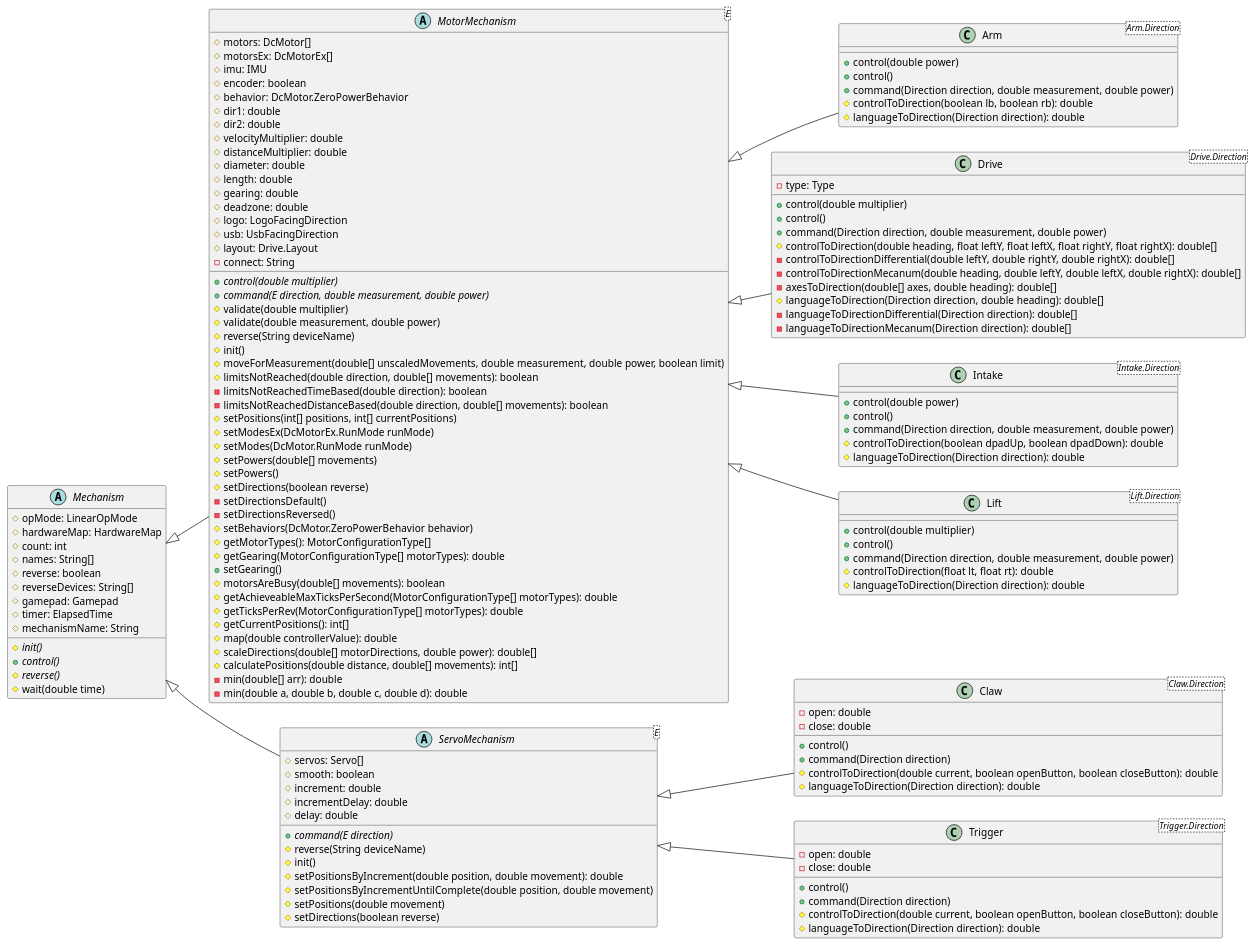
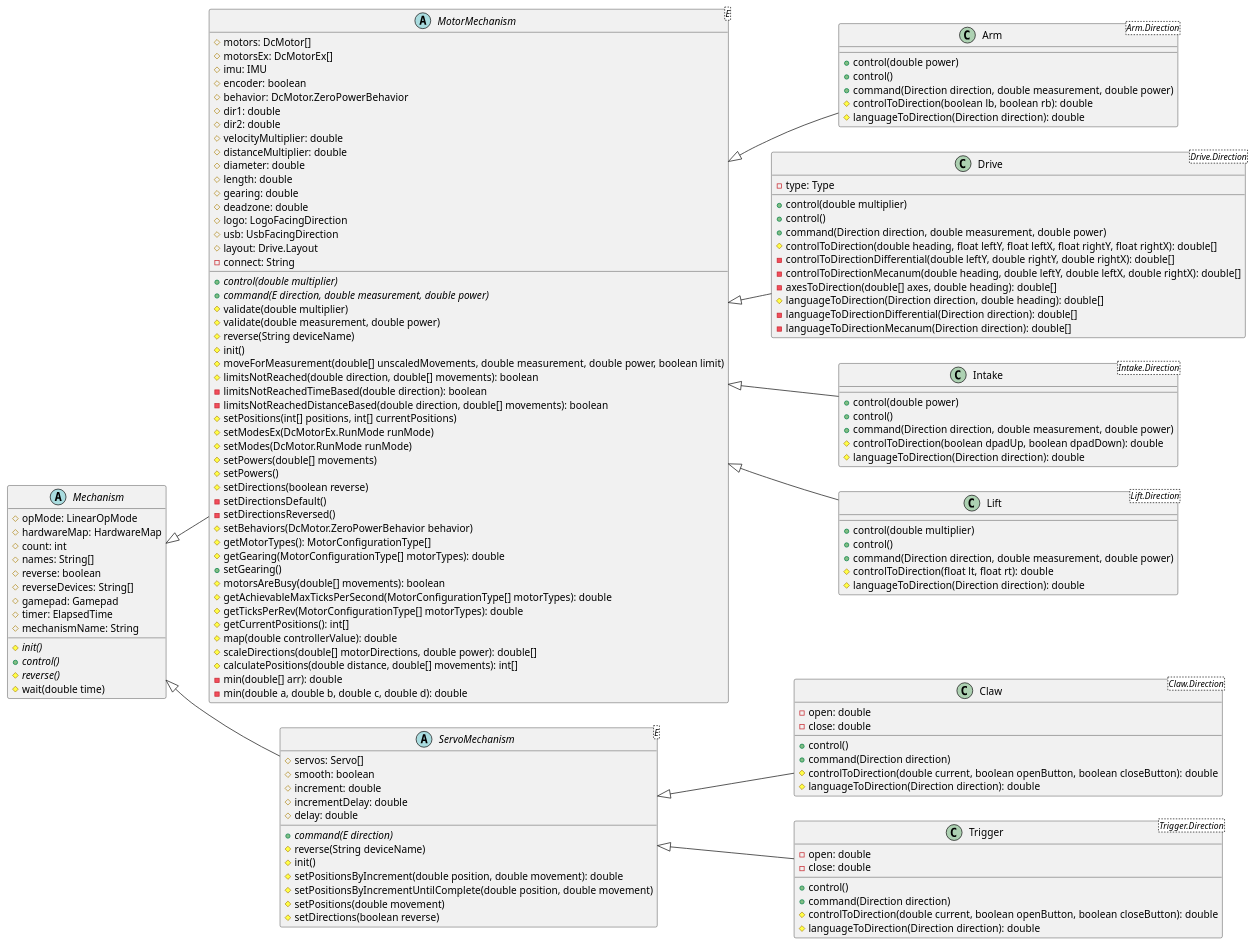
The diagram in docs/uml/src/mechanism.puml (Collegiate-Edu-Nation/easy-ftc), drawn with PlantUML before and after one commit. The commit also changed 22 other files, not shown here.

```diff
--- a/docs/uml/src/mechanism.puml
+++ b/docs/uml/src/mechanism.puml
@@ -1,153 +1,153 @@
 @startuml
 
 left to right direction
 
 abstract class Mechanism {
     # opMode: LinearOpMode
     # hardwareMap: HardwareMap
     # count: int
     # names: String[]
     # reverse: boolean
     # reverseDevices: String[]
     # gamepad: Gamepad
     # timer: ElapsedTime
     # mechanismName: String
     {abstract}# init()
     {abstract}+ control()
     {abstract}# reverse()
     # wait(double time)
 }
 
 abstract class MotorMechanism<E> {
     # motors: DcMotor[] 
     # motorsEx: DcMotorEx[] 
     # imu: IMU
     # encoder: boolean
     # behavior: DcMotor.ZeroPowerBehavior
     # dir1: double
     # dir2: double
     # velocityMultiplier: double
     # distanceMultiplier: double
     # diameter: double
     # length: double
     # gearing: double
     # deadzone: double
     # logo: LogoFacingDirection
     # usb: UsbFacingDirection
     # layout: Drive.Layout
     - connect: String
     {abstract}+ control(double multiplier)
     {abstract}+ command(E direction, double measurement, double power)
     # validate(double multiplier)
     # validate(double measurement, double power)
     # reverse(String deviceName)
     # init()
     # moveForMeasurement(double[] unscaledMovements, double measurement, double power, boolean limit)
     # limitsNotReached(double direction, double[] movements): boolean
     - limitsNotReachedTimeBased(double direction): boolean
     - limitsNotReachedDistanceBased(double direction, double[] movements): boolean
     # setPositions(int[] positions, int[] currentPositions)
     # setModesEx(DcMotorEx.RunMode runMode)
     # setModes(DcMotor.RunMode runMode)
     # setPowers(double[] movements)
     # setPowers()
     # setDirections(boolean reverse)
     - setDirectionsDefault()
     - setDirectionsReversed()
     # setBehaviors(DcMotor.ZeroPowerBehavior behavior)
     # getMotorTypes(): MotorConfigurationType[]
     # getGearing(MotorConfigurationType[] motorTypes): double
     + setGearing()
     # motorsAreBusy(double[] movements): boolean
-    # getAchieveableMaxTicksPerSecond(MotorConfigurationType[] motorTypes): double
+    # getAchievableMaxTicksPerSecond(MotorConfigurationType[] motorTypes): double
     # getTicksPerRev(MotorConfigurationType[] motorTypes): double
     # getCurrentPositions(): int[]
     # map(double controllerValue): double
     # scaleDirections(double[] motorDirections, double power): double[]
     # calculatePositions(double distance, double[] movements): int[]
     - min(double[] arr): double
     - min(double a, double b, double c, double d): double
 }
 
 abstract class ServoMechanism<E> {
     # servos: Servo[]
     # smooth: boolean
     # increment: double
     # incrementDelay: double
     # delay: double
     {abstract}+ command(E direction)
     # reverse(String deviceName)
     # init()
     # setPositionsByIncrement(double position, double movement): double
     # setPositionsByIncrementUntilComplete(double position, double movement)
     # setPositions(double movement)
     # setDirections(boolean reverse)
 }
 
 class Arm<Arm.Direction> {
     + control(double power)
     + control()
     + command(Direction direction, double measurement, double power)
     # controlToDirection(boolean lb, boolean rb): double
     # languageToDirection(Direction direction): double
 }
 
 class Claw<Claw.Direction> {
     - open: double
     - close: double
     + control()
     + command(Direction direction)
     # controlToDirection(double current, boolean openButton, boolean closeButton): double
     # languageToDirection(Direction direction): double
 }
 
 class Drive<Drive.Direction> {
     - type: Type
     + control(double multiplier)
     + control()
     + command(Direction direction, double measurement, double power)
     # controlToDirection(double heading, float leftY, float leftX, float rightY, float rightX): double[]
     - controlToDirectionDifferential(double leftY, double rightY, double rightX): double[]
     - controlToDirectionMecanum(double heading, double leftY, double leftX, double rightX): double[]
     - axesToDirection(double[] axes, double heading): double[]
     # languageToDirection(Direction direction, double heading): double[]
     - languageToDirectionDifferential(Direction direction): double[]
     - languageToDirectionMecanum(Direction direction): double[]
 }
 
 class Intake<Intake.Direction> {
     + control(double power)
     + control()
     + command(Direction direction, double measurement, double power)
     # controlToDirection(boolean dpadUp, boolean dpadDown): double
     # languageToDirection(Direction direction): double
 }
 
 class Lift<Lift.Direction> {
     + control(double multiplier)
     + control()
     + command(Direction direction, double measurement, double power)
     # controlToDirection(float lt, float rt): double
     # languageToDirection(Direction direction): double
 }
 
 class Trigger<Trigger.Direction> {
     - open: double
     - close: double
     + control()
     + command(Direction direction)
     # controlToDirection(double current, boolean openButton, boolean closeButton): double
     # languageToDirection(Direction direction): double
 }
 
 Mechanism <|-- MotorMechanism
 Mechanism <|-- ServoMechanism
 
 MotorMechanism <|-- Arm
 ServoMechanism <|-- Claw
 MotorMechanism <|-- Drive
 MotorMechanism <|-- Intake
 MotorMechanism <|-- Lift
 ServoMechanism <|-- Trigger
 
 @enduml
```
